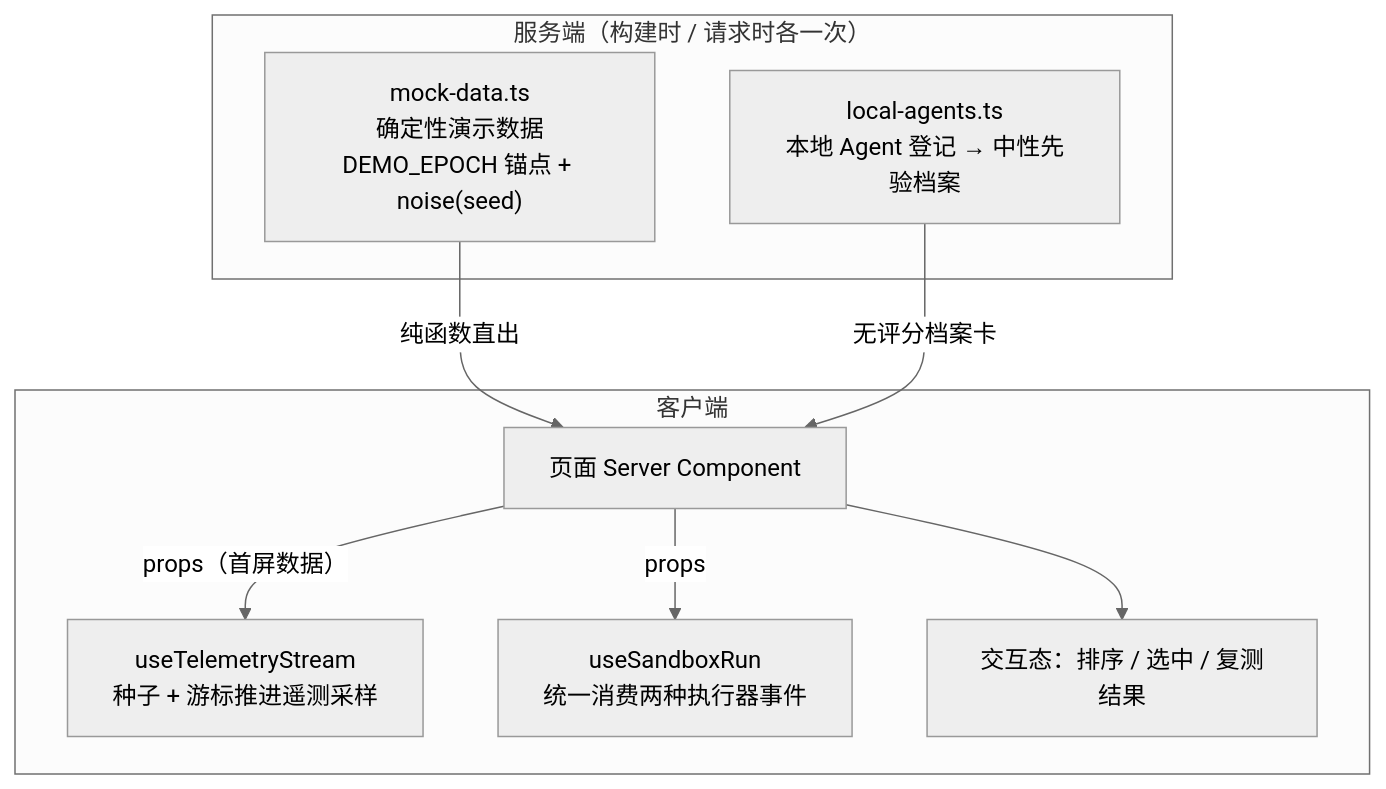
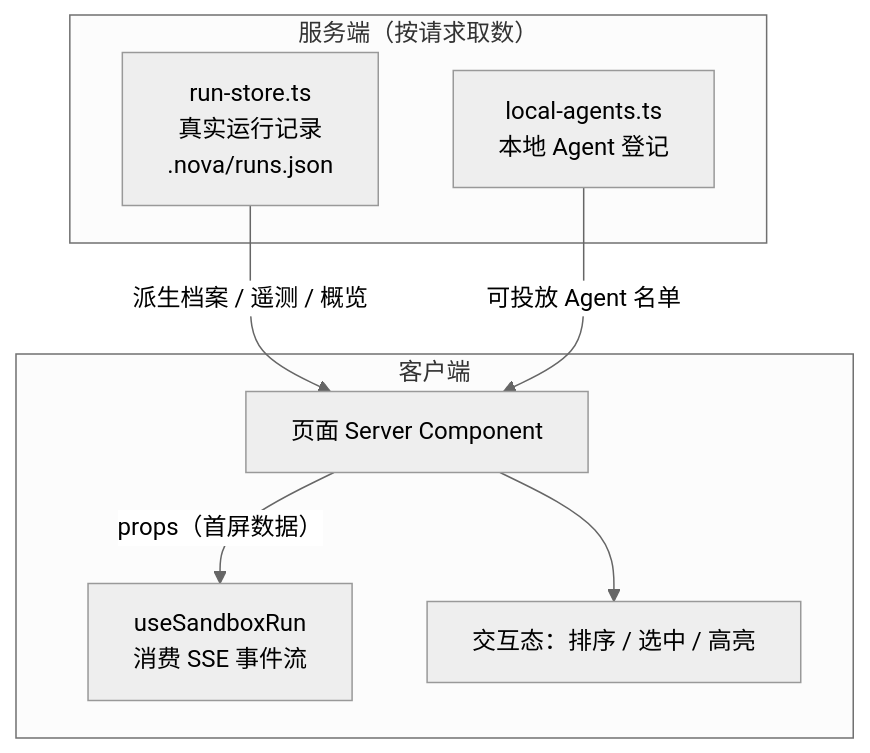
One commit to chaos-design/nova changed the second of 4 diagrams in docs/architecture.md. Above: the diagram before and after it, drawn with Mermaid (neutral theme). The commit also changed other lines of this file and 5 other files, not shown here.

````diff
--- a/docs/architecture.md
+++ b/docs/architecture.md
@@ -42,18 +42,16 @@
 ```mermaid
 flowchart TD
-    subgraph S["服务端（构建时 / 请求时各一次）"]
-        M["mock-data.ts<br/>确定性演示数据<br/>DEMO_EPOCH 锚点 + noise(seed)"]
-        LA["local-agents.ts<br/>本地 Agent 登记 → 中性先验档案"]
+    subgraph S["服务端（按请求取数）"]
+        M["run-store.ts<br/>真实运行记录<br/>.nova/runs.json"]
+        LA["local-agents.ts<br/>本地 Agent 登记"]
     end
     subgraph C["客户端"]
         PG["页面 Server Component"]
-        H1["useTelemetryStream<br/>种子 + 游标推进遥测采样"]
-        H2["useSandboxRun<br/>统一消费两种执行器事件"]
-        I["交互态：排序 / 选中 / 复测结果"]
+        H2["useSandboxRun<br/>消费 SSE 事件流"]
+        I["交互态：排序 / 选中 / 高亮"]
     end
-    M -->|"纯函数直出"| PG
-    LA -->|"无评分档案卡"| PG
-    PG -->|"props（首屏数据）"| H1
-    PG -->|"props"| H2
+    M -->|"派生档案 / 遥测 / 概览"| PG
+    LA -->|"可投放 Agent 名单"| PG
+    PG -->|"props（首屏数据）"| H2
     PG --> I
 ```
````
